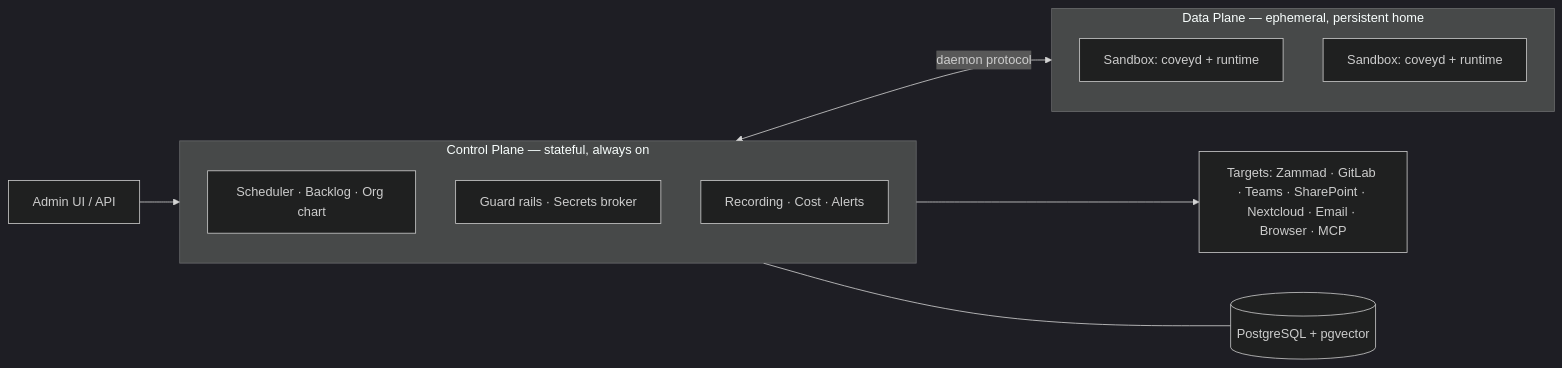
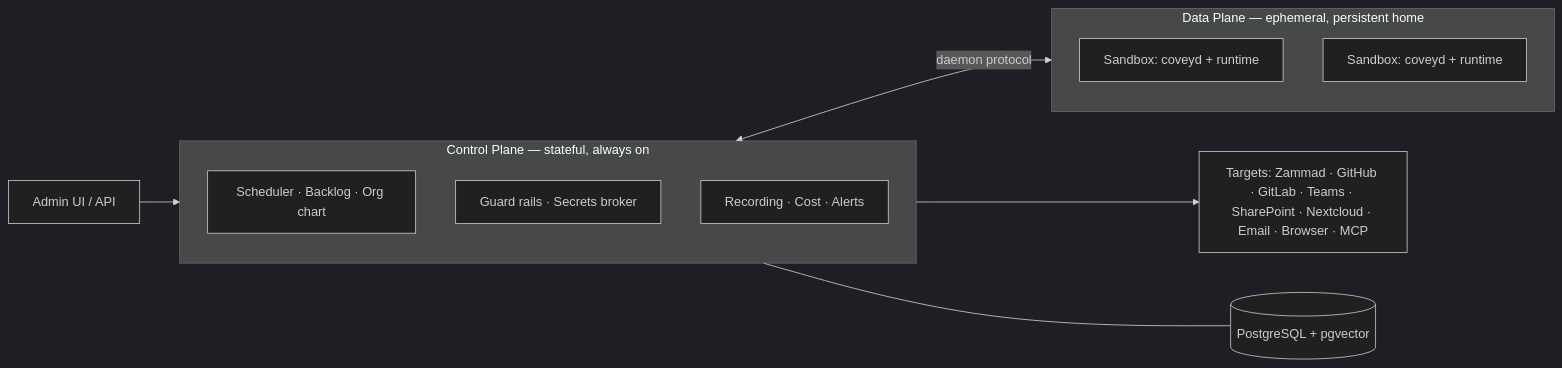
One commit to benjaminLedel/covey changed the diagram in README.md. Above: the diagram before and after it, drawn with Mermaid (dark theme). The commit also changed other lines of this file and 22 other files, not shown here.

First line of the commit message:
GitHub als Zielsystem-Plugin

````diff
--- a/README.md
+++ b/README.md
@@ -103,21 +103,21 @@
 ```mermaid
 flowchart LR
     UI["Admin UI / API"] --> CP
 
     subgraph CP["Control Plane — stateful, always on"]
         direction TB
         SCHED["Scheduler · Backlog · Org chart"]
         GUARD["Guard rails · Secrets broker"]
         OBS["Recording · Cost · Alerts"]
     end
 
     subgraph DP["Data Plane — ephemeral, persistent home"]
         direction TB
         S1["Sandbox: coveyd + runtime"]
         S2["Sandbox: coveyd + runtime"]
     end
 
     CP <-->|daemon protocol| DP
-    CP --> TS["Targets: Zammad · GitLab · Teams · SharePoint · Nextcloud · Email · Browser · MCP"]
+    CP --> TS["Targets: Zammad · GitHub · GitLab · Teams · SharePoint · Nextcloud · Email · Browser · MCP"]
     CP --- DB[("PostgreSQL + pgvector")]
 ```
````
